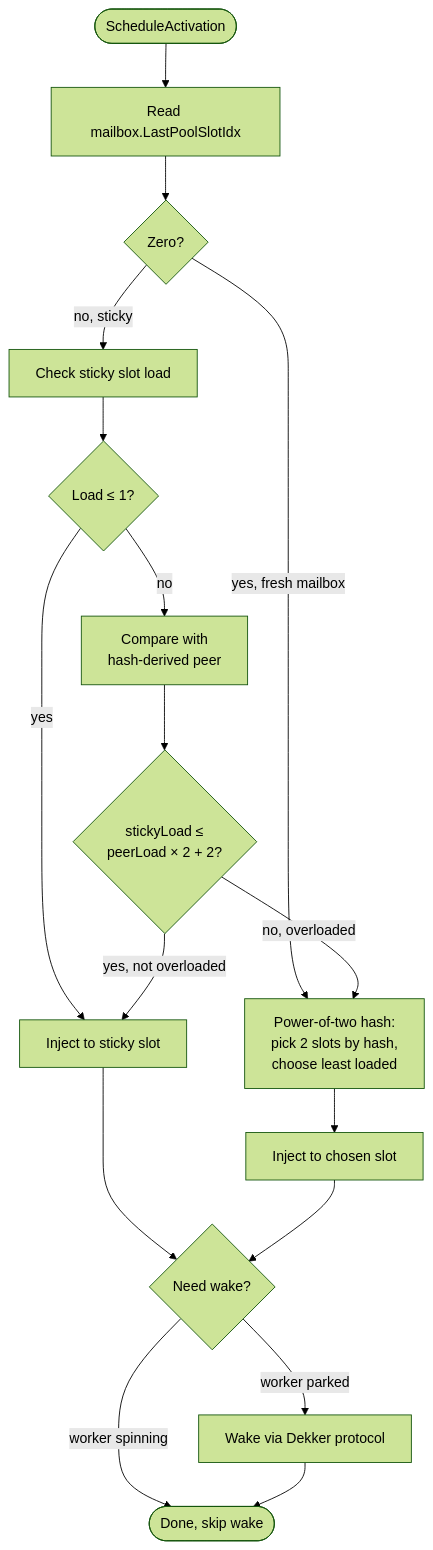
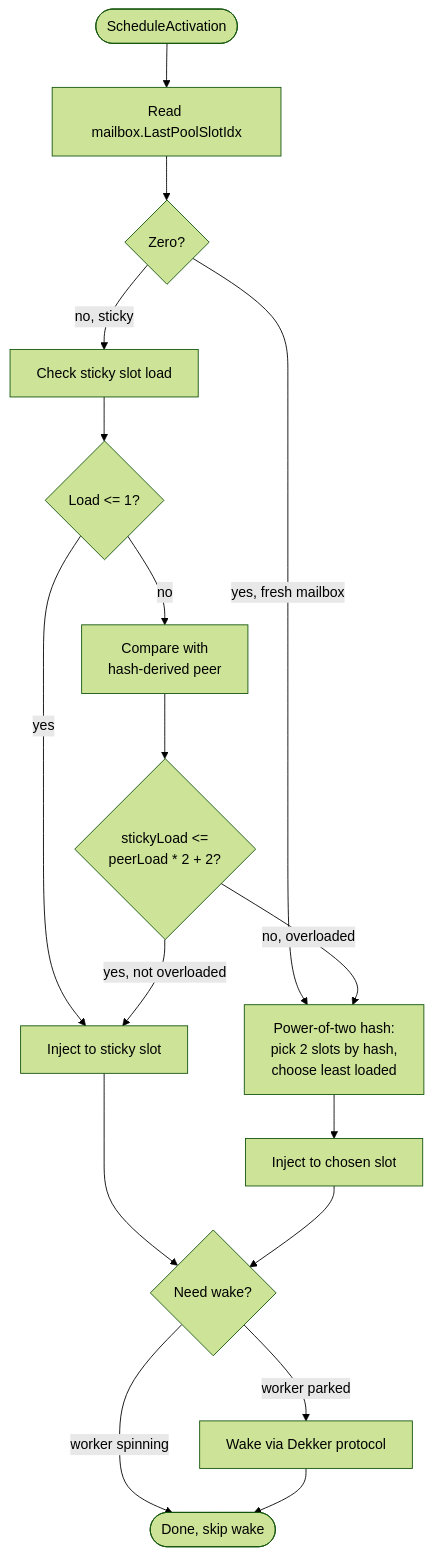
One commit to ak0rz/ydb changed the fourth of 6 diagrams in ydb/library/actors/core/workstealing/doc/rfc.md. Above: the diagram before and after it, drawn with Mermaid (forest theme). The commit also changed other lines of this file and 17 other files, not shown here.

````diff
--- a/ydb/library/actors/core/workstealing/doc/rfc.md
+++ b/ydb/library/actors/core/workstealing/doc/rfc.md
@@ -214,19 +214,19 @@
 ```mermaid
 flowchart TD
     SCHED([ScheduleActivation]) --> READ[Read mailbox.LastPoolSlotIdx]
     READ --> ZERO{Zero?}
     ZERO -->|yes, fresh mailbox| P2R[Power-of-two hash:<br/>pick 2 slots by hash,<br/>choose least loaded]
     ZERO -->|no, sticky| CHECK[Check sticky slot load]
-    CHECK --> EMPTY{Load ≤ 1?}
+    CHECK --> EMPTY{Load <= 1?}
     EMPTY -->|yes| INJECT[Inject to sticky slot]
     EMPTY -->|no| COMPARE[Compare with<br/>hash-derived peer]
-    COMPARE --> BALANCED{"stickyLoad ≤<br/>peerLoad × 2 + 2?"}
+    COMPARE --> BALANCED{"stickyLoad <=<br/>peerLoad * 2 + 2?"}
     BALANCED -->|yes, not overloaded| INJECT
     BALANCED -->|no, overloaded| P2R
     P2R --> INJECT2[Inject to chosen slot]
     INJECT --> WAKE{Need wake?}
     INJECT2 --> WAKE
     WAKE -->|worker parked| WAKEUP[Wake via Dekker protocol]
     WAKE -->|worker spinning| DONE([Done, skip wake])
     WAKEUP --> DONE
 ```
````
